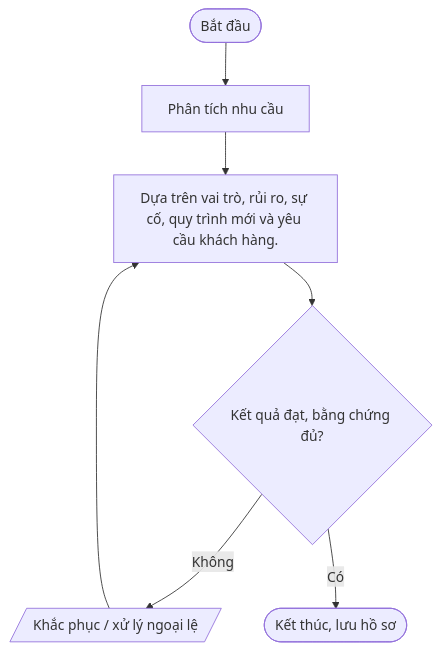
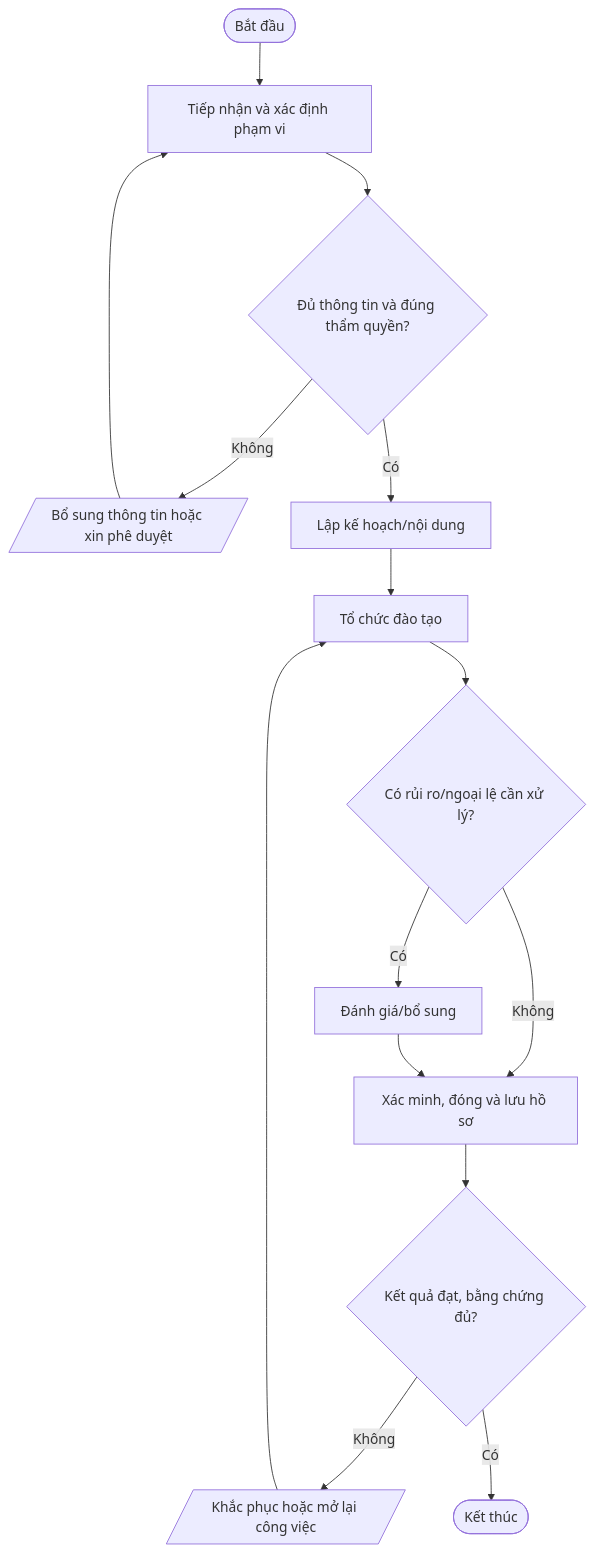
Before and after one commit to daoaigiangnam/Quy_Trinh_Chuan: the fifth of 5 diagrams in quy-trinh/05-Nhan-su/README.md, drawn with Mermaid. The commit also changed other lines of this file, not shown here.

Commit message:
docs: refine detailed procedure steps and Mermaid flowcharts

````diff
--- a/quy-trinh/05-Nhan-su/README.md
+++ b/quy-trinh/05-Nhan-su/README.md
@@ -328,11 +403,17 @@
 ```mermaid
 flowchart TD
-  A([Bắt đầu]) --> S1
-  S1["Phân tích nhu cầu"]
-  S2["Dựa trên vai trò, rủi ro, sự cố, quy trình mới và yêu cầu khách hàng."]
-  S1 --> S2
-  S2 --> D2{"Kết quả đạt, bằng chứng đủ?"}
-  D2 -- Không --> REWORK[/"Khắc phục / xử lý ngoại lệ"/]
-  REWORK --> S2
-  D2 -- Có --> Z([Kết thúc, lưu hồ sơ])
+  A([Bắt đầu]) --> S1["Tiếp nhận và xác định phạm vi"]
+  S1 --> D1{"Đủ thông tin và đúng thẩm quyền?"}
+  D1 -- Không --> F1[/"Bổ sung thông tin hoặc xin phê duyệt"/]
+  F1 --> S1
+  D1 -- Có --> S2["Lập kế hoạch/nội dung"]
+  S2 --> S3["Tổ chức đào tạo"]
+  S3 --> D2{"Có rủi ro/ngoại lệ cần xử lý?"}
+  D2 -- Có --> S4["Đánh giá/bổ sung"]
+  D2 -- Không --> S5["Xác minh, đóng và lưu hồ sơ"]
+  S4 --> S5
+  S5 --> D3{"Kết quả đạt, bằng chứng đủ?"}
+  D3 -- Không --> R[/"Khắc phục hoặc mở lại công việc"/]
+  R --> S3
+  D3 -- Có --> Z([Kết thúc])
 ```
````
